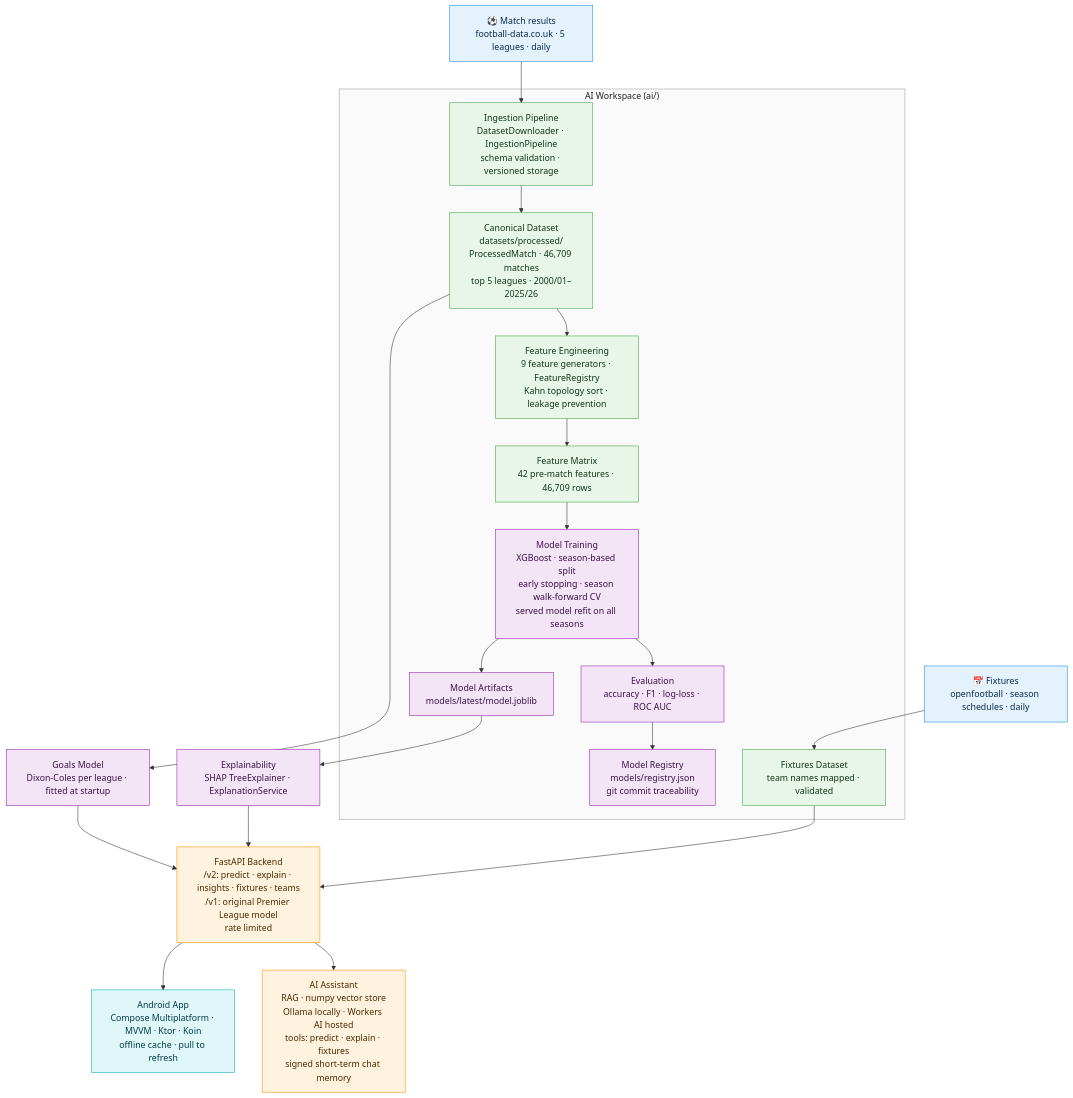
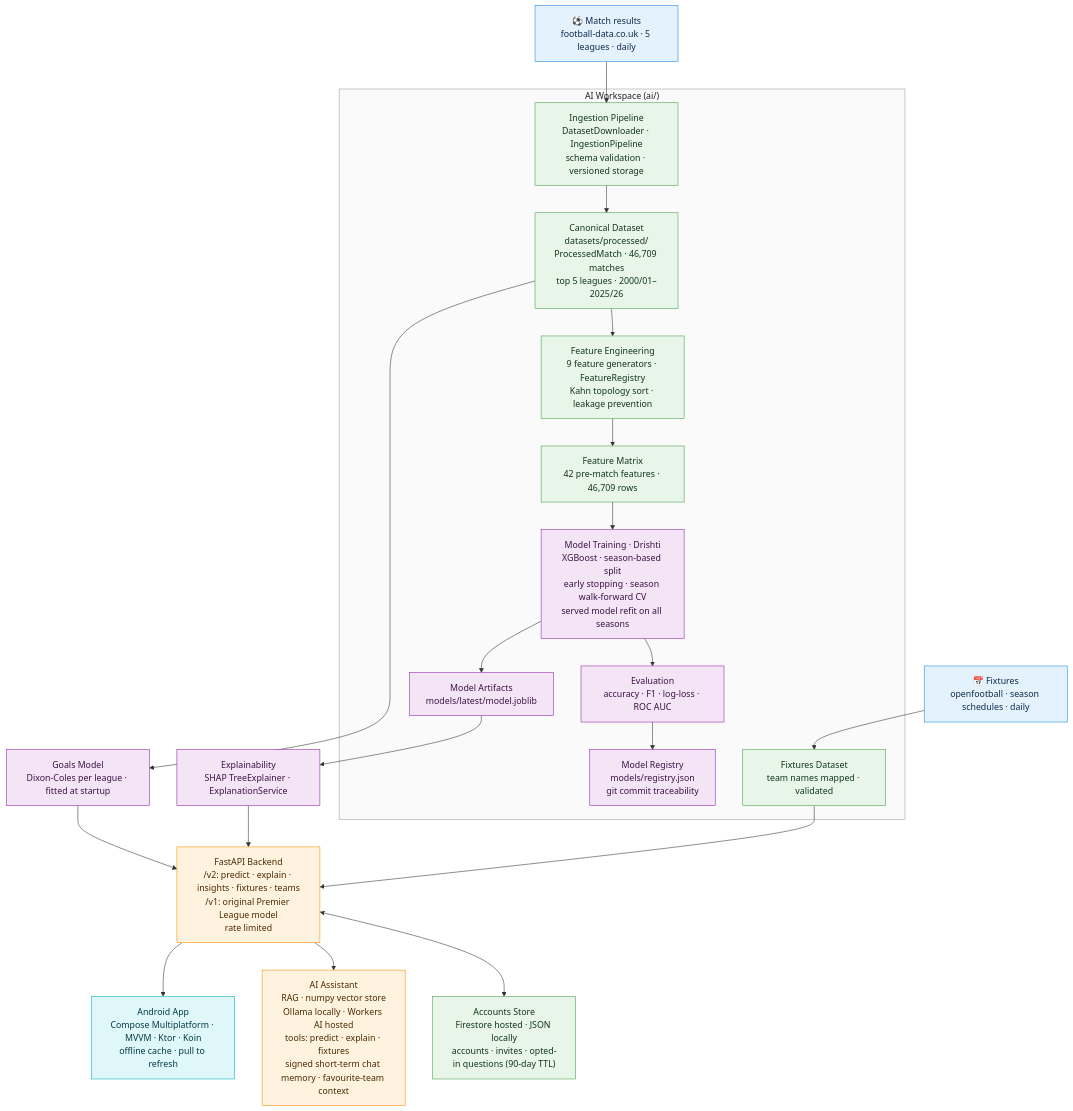
One commit to SumukhaK/football-intelligence-platform changed the first of 6 diagrams in README.md. Above: the diagram before and after it, drawn with Mermaid. The commit also changed other lines of this file and 4 other files, not shown here.

First line of the commit message:
docs(docs): update readme, architecture diagram and site for v2.6.0

````diff
--- a/README.md
+++ b/README.md
@@ -63,37 +63,38 @@
 ```mermaid
 flowchart TD
     A["⚽ Match results\nfootball-data.co.uk · 5 leagues · daily"] --> B
     FX["📅 Fixtures\nopenfootball · season schedules · daily"] --> FS
 
     subgraph AI["AI Workspace (ai/)"]
         B["Ingestion Pipeline\nDatasetDownloader · IngestionPipeline\nschema validation · versioned storage"] --> C
         C["Canonical Dataset\ndatasets/processed/\nProcessedMatch · 46,709 matches\ntop 5 leagues · 2000/01–2025/26"] --> D
         D["Feature Engineering\n9 feature generators · FeatureRegistry\nKahn topology sort · leakage prevention"] --> E
         E["Feature Matrix\n42 pre-match features · 46,709 rows"] --> F
-        F["Model Training\nXGBoost · season-based split\nearly stopping · season walk-forward CV\nserved model refit on all seasons"] --> G
+        F["Model Training · Drishti\nXGBoost · season-based split\nearly stopping · season walk-forward CV\nserved model refit on all seasons"] --> G
         G["Evaluation\naccuracy · F1 · log-loss · ROC AUC"] --> H
         H["Model Registry\nmodels/registry.json\ngit commit traceability"]
         F --> I["Model Artifacts\nmodels/latest/model.joblib"]
         FS["Fixtures Dataset\nteam names mapped · validated"]
     end
 
     I --> J["Explainability\nSHAP TreeExplainer · ExplanationService"]
     C --> NG["Goals Model\nDixon-Coles per league · fitted at startup"]
     J --> K["FastAPI Backend\n/v2: predict · explain · insights · fixtures · teams\n/v1: original Premier League model\nrate limited"]
     NG --> K
     FS --> K
-    K --> L["AI Assistant\nRAG · numpy vector store\nOllama locally · Workers AI hosted\ntools: predict · explain · fixtures\nsigned short-term chat memory"]
+    K <--> AS["Accounts Store\nFirestore hosted · JSON locally\naccounts · invites · opted-in questions (90-day TTL)"]
+    K --> L["AI Assistant\nRAG · numpy vector store\nOllama locally · Workers AI hosted\ntools: predict · explain · fixtures\nsigned short-term chat memory · favourite-team context"]
     K --> M["Android App\nCompose Multiplatform · MVVM · Ktor · Koin\noffline cache · pull to refresh"]
 
     classDef source fill:#E3F2FD,stroke:#1E88E5,color:#0D2A4A
     classDef data fill:#E8F5E9,stroke:#43A047,color:#12351A
     classDef model fill:#F3E5F5,stroke:#8E24AA,color:#3A1245
     classDef serve fill:#FFF3E0,stroke:#FB8C00,color:#4A2A00
     classDef client fill:#E0F7FA,stroke:#00ACC1,color:#003B44
     class A,FX source
-    class B,C,D,E,FS data
+    class B,C,D,E,FS,AS data
     class F,G,H,I,J,NG model
     class K,L serve
     class M client
     style AI fill:#FAFAFA,stroke:#9E9E9E,color:#212121
 ```
````
